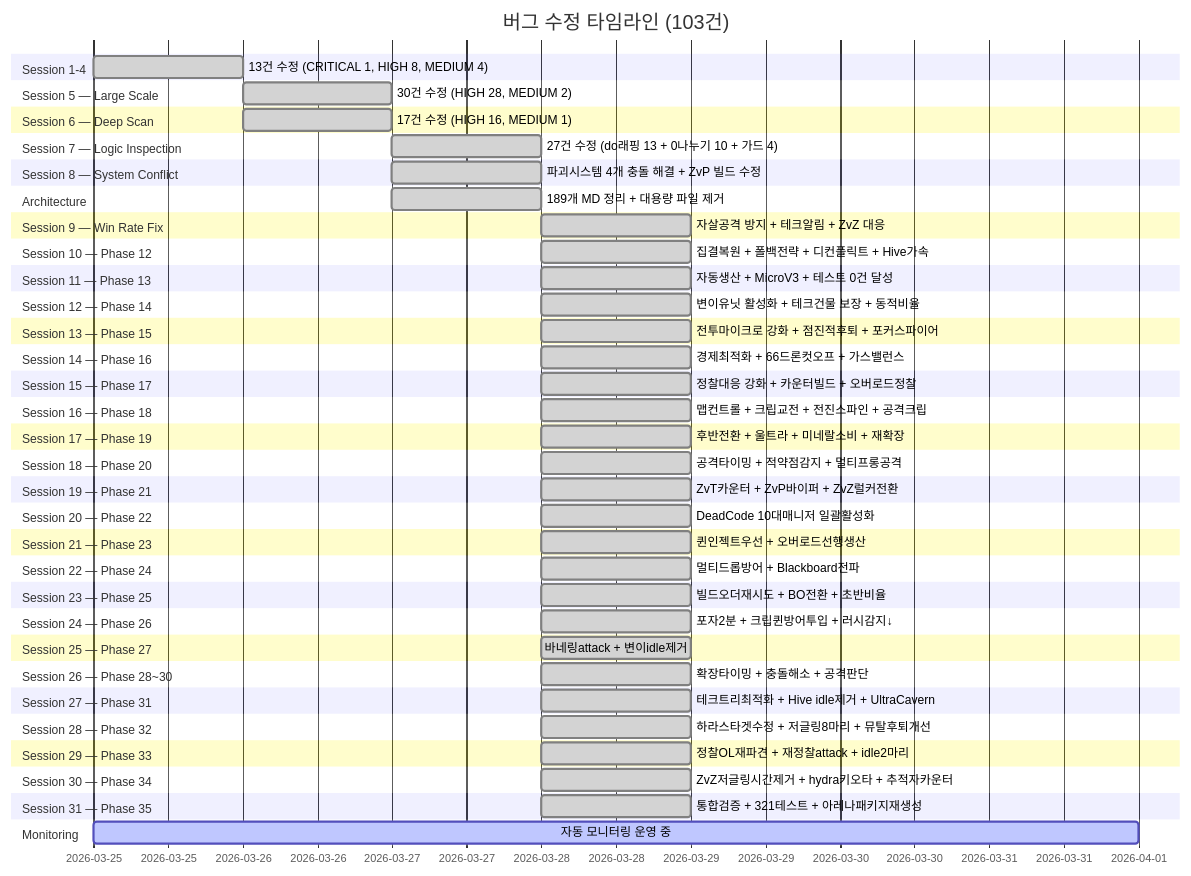
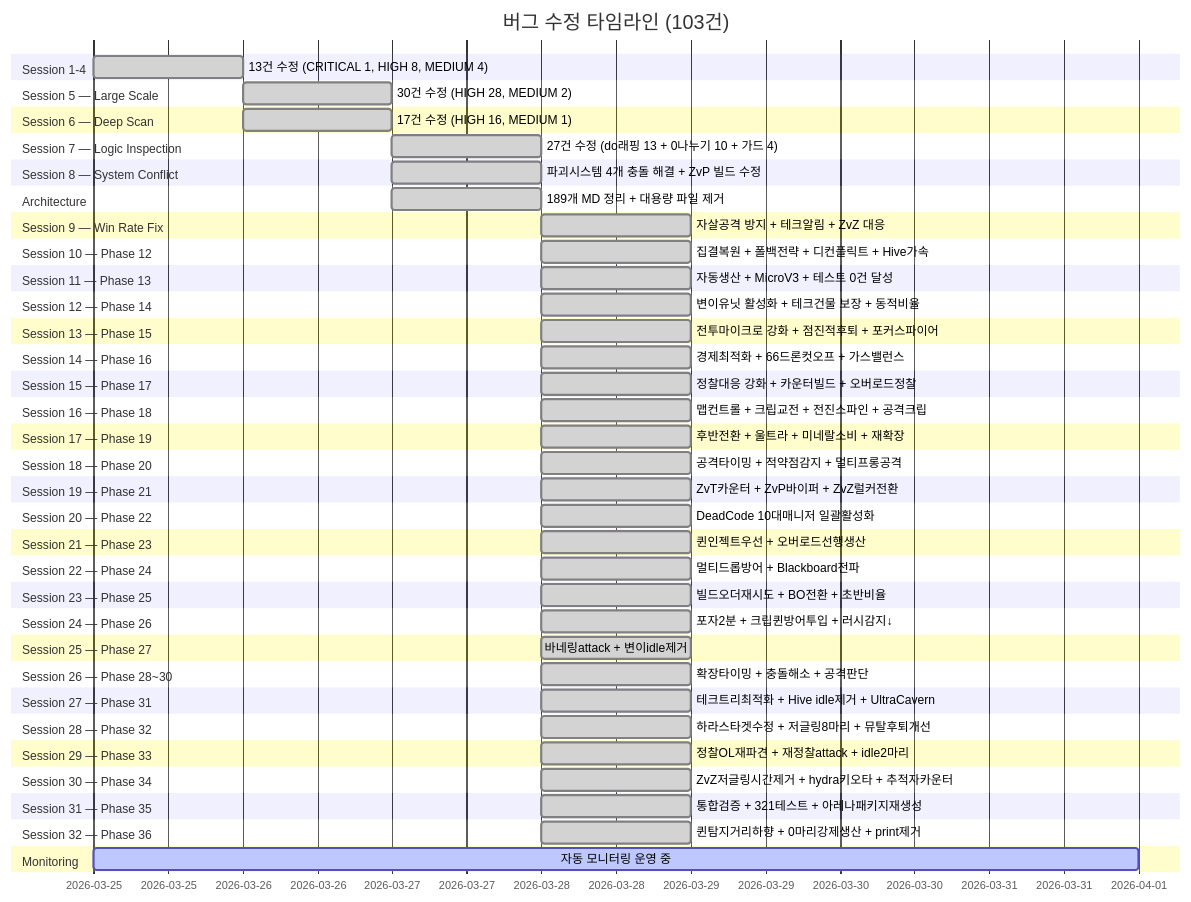
Diagram 23 of 31 in README.md (sun475300-sudo/Swarm-control-in-sc2bot), drawn with Mermaid before and after one commit. The commit also changed other lines of this file and 2 other files, not shown here.

Commit message:
feat: Phase 36 퀸매크로강화 — 탐지거리20 + 0마리강제생산 + print스팸제거

````diff
--- a/README.md
+++ b/README.md
@@ -633,65 +633,67 @@
 ```mermaid
 gantt
     title 버그 수정 타임라인 (103건)
     dateFormat YYYY-MM-DD
     section Session 1-4
         13건 수정 (CRITICAL 1, HIGH 8, MEDIUM 4)   :done, s1, 2026-03-25, 1d
     section Session 5 — Large Scale
         30건 수정 (HIGH 28, MEDIUM 2)              :done, s5, 2026-03-26, 1d
     section Session 6 — Deep Scan
         17건 수정 (HIGH 16, MEDIUM 1)              :done, s6, 2026-03-26, 1d
     section Session 7 — Logic Inspection
         27건 수정 (do래핑 13 + 0나누기 10 + 가드 4) :done, s7, 2026-03-27, 1d
     section Session 8 — System Conflict
         파괴시스템 4개 충돌 해결 + ZvP 빌드 수정    :done, s8, 2026-03-27, 1d
     section Architecture
         189개 MD 정리 + 대용량 파일 제거            :done, s9, 2026-03-27, 1d
     section Session 9 — Win Rate Fix
         자살공격 방지 + 테크알림 + ZvZ 대응         :done, s10, 2026-03-28, 1d
     section Session 10 — Phase 12
         집결복원 + 폴백전략 + 디컨플릭트 + Hive가속 :done, s11, 2026-03-28, 1d
     section Session 11 — Phase 13
         자동생산 + MicroV3 + 테스트 0건 달성       :done, s12, 2026-03-28, 1d
     section Session 12 — Phase 14
         변이유닛 활성화 + 테크건물 보장 + 동적비율  :done, s13, 2026-03-28, 1d
     section Session 13 — Phase 15
         전투마이크로 강화 + 점진적후퇴 + 포커스파이어 :done, s14, 2026-03-28, 1d
     section Session 14 — Phase 16
         경제최적화 + 66드론컷오프 + 가스밸런스     :done, s15, 2026-03-28, 1d
     section Session 15 — Phase 17
         정찰대응 강화 + 카운터빌드 + 오버로드정찰   :done, s16, 2026-03-28, 1d
     section Session 16 — Phase 18
         맵컨트롤 + 크립교전 + 전진스파인 + 공격크립 :done, s17, 2026-03-28, 1d
     section Session 17 — Phase 19
         후반전환 + 울트라 + 미네랄소비 + 재확장    :done, s18, 2026-03-28, 1d
     section Session 18 — Phase 20
         공격타이밍 + 적약점감지 + 멀티프롱공격     :done, s19, 2026-03-28, 1d
     section Session 19 — Phase 21
         ZvT카운터 + ZvP바이퍼 + ZvZ럴커전환      :done, s20, 2026-03-28, 1d
     section Session 20 — Phase 22
         DeadCode 10대매니저 일괄활성화            :done, s21, 2026-03-28, 1d
     section Session 21 — Phase 23
         퀸인젝트우선 + 오버로드선행생산          :done, s22, 2026-03-28, 1d
     section Session 22 — Phase 24
         멀티드롭방어 + Blackboard전파           :done, s23, 2026-03-28, 1d
     section Session 23 — Phase 25
         빌드오더재시도 + BO전환 + 초반비율     :done, s24, 2026-03-28, 1d
     section Session 24 — Phase 26
         포자2분 + 크립퀸방어투입 + 러시감지↓  :done, s25, 2026-03-28, 1d
     section Session 25 — Phase 27
         바네링attack + 변이idle제거         :done, s26, 2026-03-28, 1d
     section Session 26 — Phase 28~30
         확장타이밍 + 충돌해소 + 공격판단   :done, s27, 2026-03-28, 1d
     section Session 27 — Phase 31
         테크트리최적화 + Hive idle제거 + UltraCavern :done, s28, 2026-03-28, 1d
     section Session 28 — Phase 32
         하라스타겟수정 + 저글링8마리 + 뮤탈후퇴개선  :done, s29, 2026-03-28, 1d
     section Session 29 — Phase 33
         정찰OL재파견 + 재정찰attack + idle2마리    :done, s30, 2026-03-28, 1d
     section Session 30 — Phase 34
         ZvZ저글링시간제거 + hydra키오타 + 추적자카운터 :done, s31, 2026-03-28, 1d
     section Session 31 — Phase 35
         통합검증 + 321테스트 + 아레나패키지재생성   :done, s32, 2026-03-28, 1d
+    section Session 32 — Phase 36
+        퀸탐지거리하향 + 0마리강제생산 + print제거  :done, s33, 2026-03-28, 1d
     section Monitoring
         자동 모니터링 운영 중                        :active, mon, 2026-03-25, 7d
 ```
````
